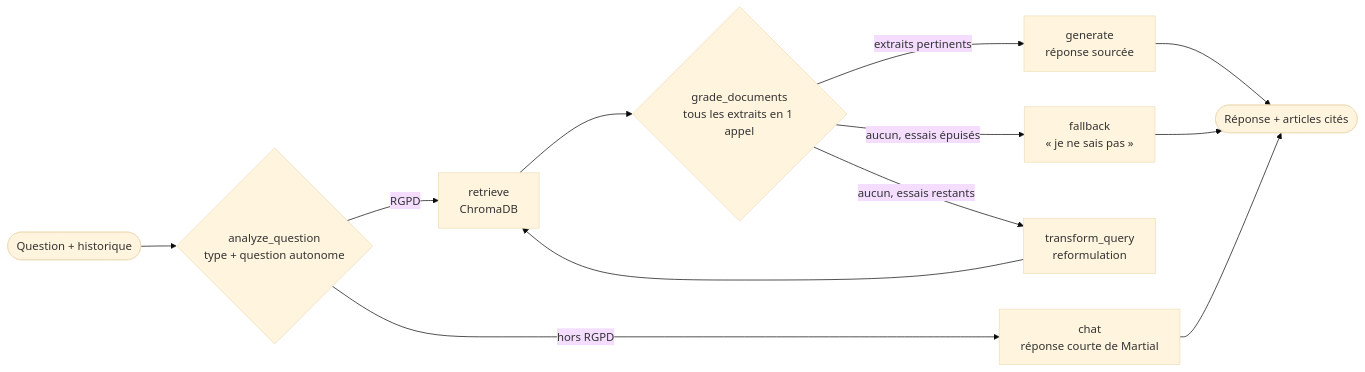
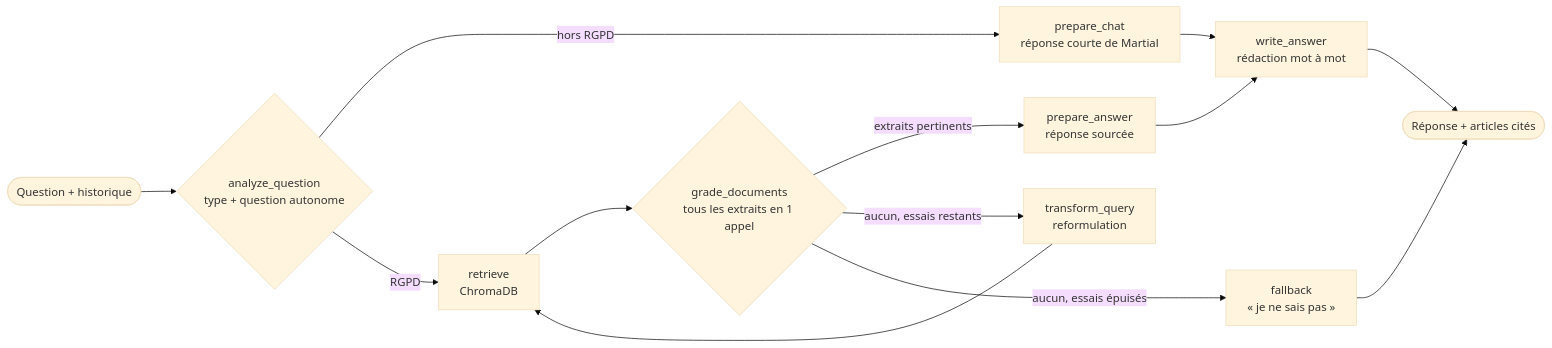
One commit to GuyMartial24/rgpd-crag-agent changed the diagram in README.md. Above: the diagram before and after it, drawn with Mermaid (base theme). The commit also changed other lines of this file and 5 other files, not shown here.

First line of the commit message:
Réponse affichée au fil de sa rédaction (streaming)

````diff
--- a/README.md
+++ b/README.md
@@ -23,14 +23,15 @@
 ```mermaid
 flowchart LR
     S([Question + historique]) --> A{analyze_question<br/>type + question autonome}
-    A -- hors RGPD --> CH[chat<br/>réponse courte de Martial]
+    A -- hors RGPD --> CH[prepare_chat<br/>réponse courte de Martial]
     A -- RGPD --> R[retrieve<br/>ChromaDB]
     R --> G{grade_documents<br/>tous les extraits en 1 appel}
-    G -- extraits pertinents --> GEN[generate<br/>réponse sourcée]
+    G -- extraits pertinents --> GEN[prepare_answer<br/>réponse sourcée]
     G -- aucun, essais restants --> T[transform_query<br/>reformulation]
     T --> R
     G -- aucun, essais épuisés --> F[fallback<br/>« je ne sais pas »]
-    GEN --> E([Réponse + articles cités])
+    GEN --> W[write_answer<br/>rédaction mot à mot]
+    CH --> W
+    W --> E([Réponse + articles cités])
     F --> E
-    CH --> E
 ```
````
